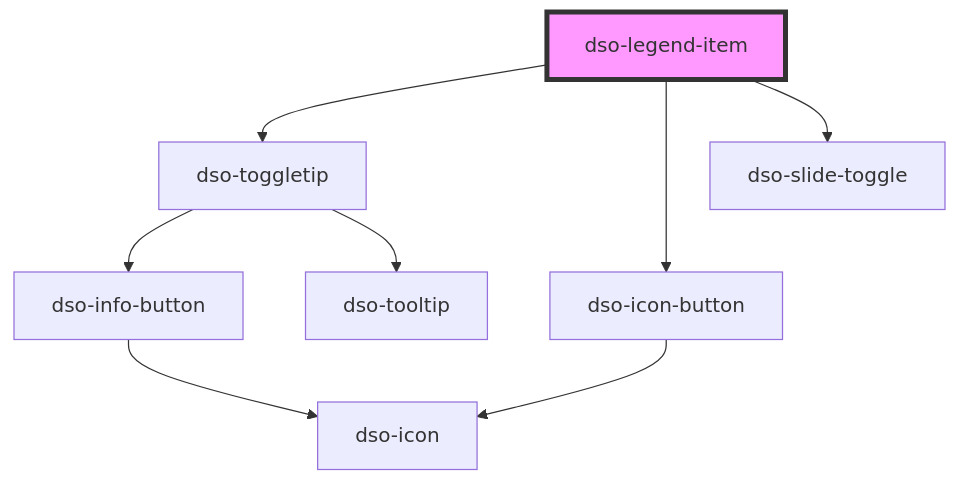
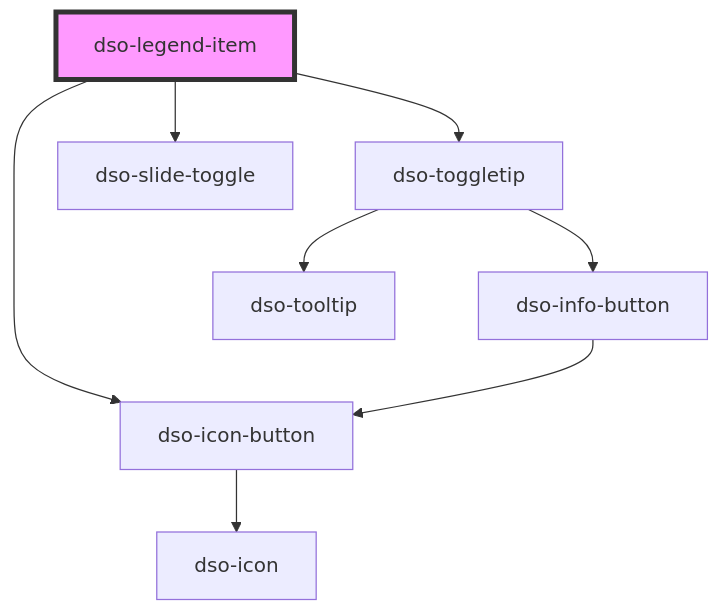
Before and after one commit to dso-toolkit/dso-toolkit: the diagram in packages/core/src/components/legend-item/readme.md, drawn with Mermaid. The commit also changed 11 other files, not shown here.

Commit message:
#2315 [Added] Icon Button: Adds icon-button to info-button. Secondary yet ToDo

````diff
--- a/packages/core/src/components/legend-item/readme.md
+++ b/packages/core/src/components/legend-item/readme.md
@@ -44,11 +44,11 @@
 ```mermaid
 graph TD;
   dso-legend-item --> dso-toggletip
   dso-legend-item --> dso-icon-button
   dso-legend-item --> dso-slide-toggle
   dso-toggletip --> dso-info-button
   dso-toggletip --> dso-tooltip
-  dso-info-button --> dso-icon
+  dso-info-button --> dso-icon-button
   dso-icon-button --> dso-icon
   style dso-legend-item fill:#f9f,stroke:#333,stroke-width:4px
 ```
````
